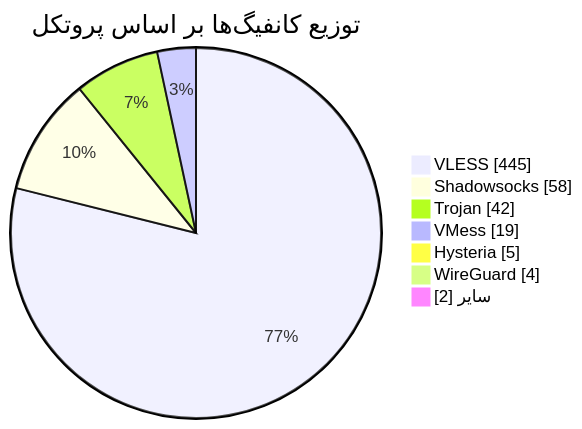
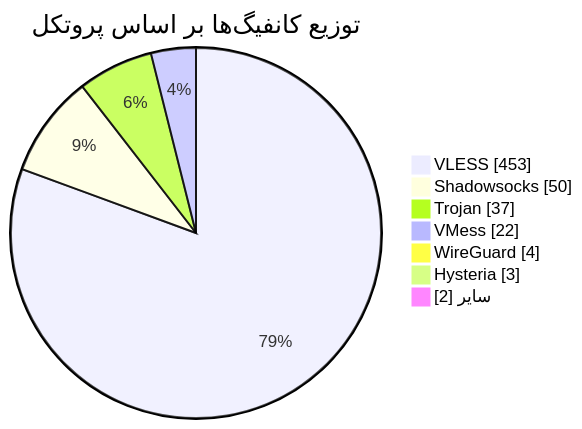
One commit to Arian-Alijani/Somthing changed the diagram in README.md. Above: the diagram before and after it, drawn with Mermaid. The commit also changed other lines of this file and 21 other files, not shown here.

````diff
--- a/README.md
+++ b/README.md
@@ -49,11 +49,11 @@
 ```mermaid
 pie showData
     title توزیع کانفیگ‌ها بر اساس پروتکل
-    "VLESS" : 445
-    "Shadowsocks" : 58
-    "Trojan" : 42
-    "VMess" : 19
-    "Hysteria" : 5
+    "VLESS" : 453
+    "Shadowsocks" : 50
+    "Trojan" : 37
+    "VMess" : 22
     "WireGuard" : 4
+    "Hysteria" : 3
     "سایر" : 2
 ```
````
